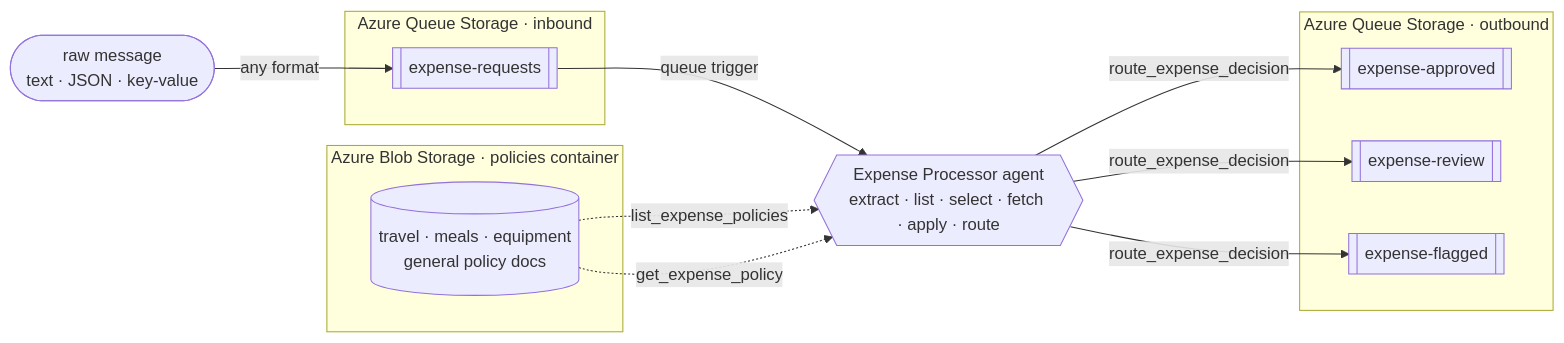
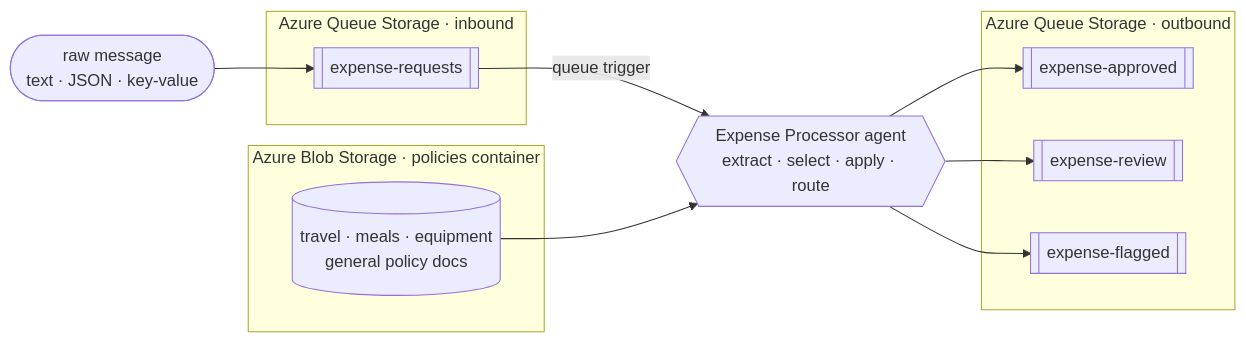
Before and after one commit to Azure-Samples/serverless-agents-expense-processor: the diagram in README.md, drawn with Mermaid. The commit also changed other lines of this file and 8 other files, not shown here.

````diff
--- a/README.md
+++ b/README.md
@@ -34,28 +66,27 @@
 ```mermaid
 flowchart LR
     msg([raw message<br/>text · JSON · key-value])
 
     subgraph inbound["Azure Queue Storage · inbound"]
         inq[[expense-requests]]
     end
 
     subgraph policies["Azure Blob Storage · policies container"]
         pdocs[(travel · meals · equipment<br/>general policy docs)]
     end
 
-    agent{{Expense Processor agent<br/>extract · list · select · fetch · apply · route}}
+    agent{{Expense Processor agent<br/>extract · select · apply · route}}
 
     subgraph outbound["Azure Queue Storage · outbound"]
         approved[[expense-approved]]
         review[[expense-review]]
         flagged[[expense-flagged]]
     end
 
-    msg -->|any format| inq
+    msg --> inq
     inq -->|queue trigger| agent
-    pdocs -. list_expense_policies .-> agent
-    pdocs -. get_expense_policy .-> agent
-    agent -->|route_expense_decision| approved
-    agent -->|route_expense_decision| review
-    agent -->|route_expense_decision| flagged
+    pdocs --> agent
+    agent --> approved
+    agent --> review
+    agent --> flagged
 ```
````
